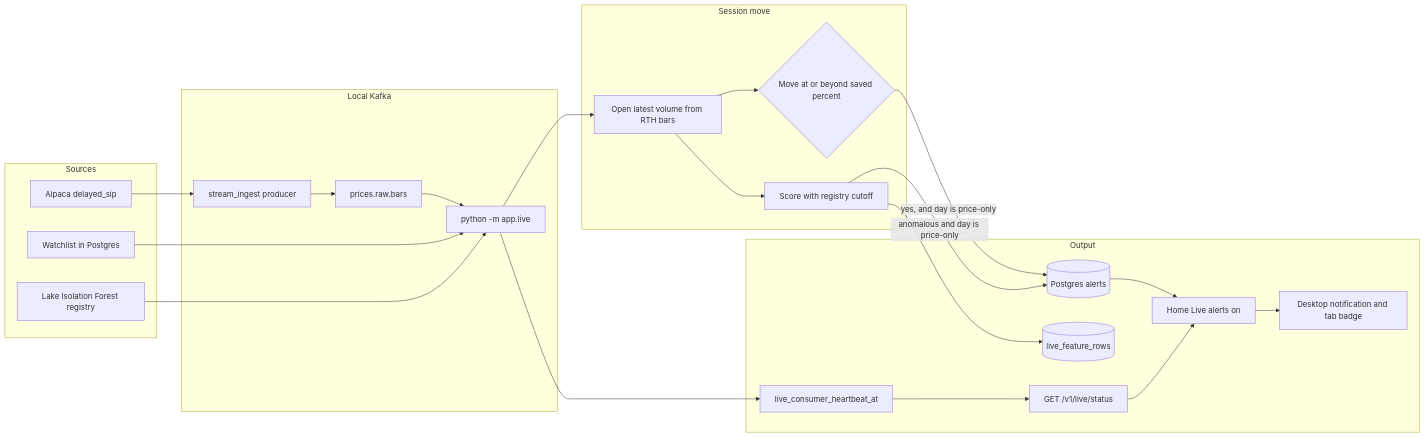
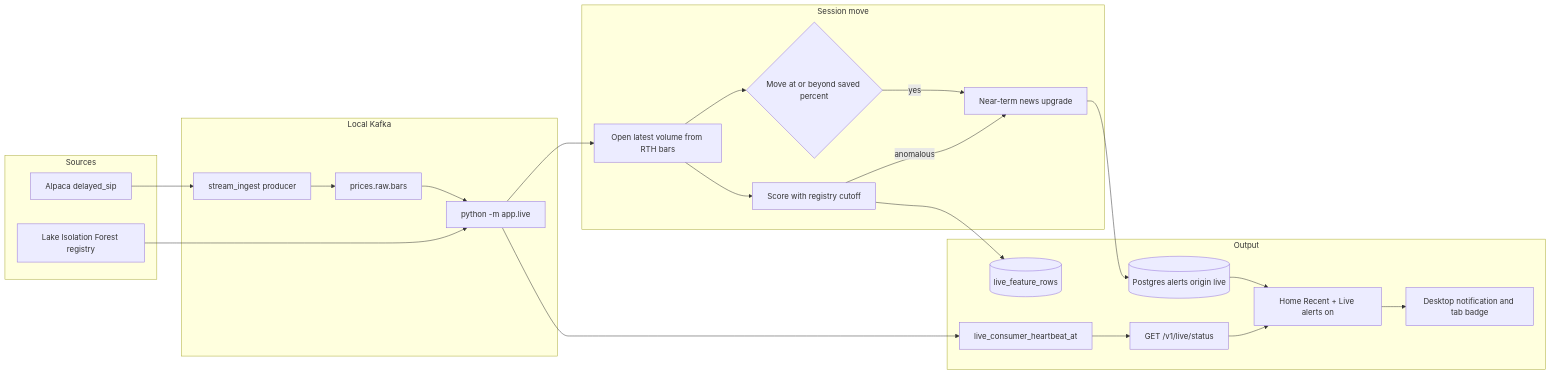
One commit to sameerde4/ticker-alert-system changed the third of 10 diagrams in docs/architecture.md. Above: the diagram before and after it, drawn with Mermaid. The commit also changed other lines of this file and 5 other files, not shown here.

First line of the commit message:
Document Live, Watchlist Scan today, and evidence alignment.

````diff
--- a/docs/architecture.md
+++ b/docs/architecture.md
@@ -164,40 +191,40 @@
 ```mermaid
 flowchart LR
     subgraph sources [Sources]
         ALP[Alpaca delayed_sip]
-        WL2[Watchlist in Postgres]
         REG[Lake Isolation Forest registry]
     end
 
     subgraph bus [Local Kafka]
         PROD[stream_ingest producer]
         TOPIC[prices.raw.bars]
         LIVE[python -m app.live]
     end
 
     subgraph decide [Session move]
         BOOK[Open latest volume from RTH bars]
         RULE2{Move at or beyond saved percent}
         FOREST[Score with registry cutoff]
+        NEWSU[Near-term news upgrade]
     end
 
     subgraph out2 [Output]
-        PG[(Postgres alerts)]
+        PG[(Postgres alerts origin live)]
         FEAT[(live_feature_rows)]
         BEAT[live_consumer_heartbeat_at]
         API[GET /v1/live/status]
-        UI2[Home Live alerts on]
+        UI2[Home Recent + Live alerts on]
         NOTE2[Desktop notification and tab badge]
     end
 
     ALP --> PROD --> TOPIC --> LIVE
-    WL2 --> LIVE
     REG --> LIVE
     LIVE --> BOOK --> RULE2
     BOOK --> FOREST
-    RULE2 -->|yes, and day is price-only| PG
-    FOREST -->|anomalous and day is price-only| PG
+    RULE2 -->|yes| NEWSU
+    FOREST -->|anomalous| NEWSU
+    NEWSU --> PG
     FOREST --> FEAT
     LIVE --> BEAT --> API --> UI2
     PG --> UI2 --> NOTE2
 ```
````
